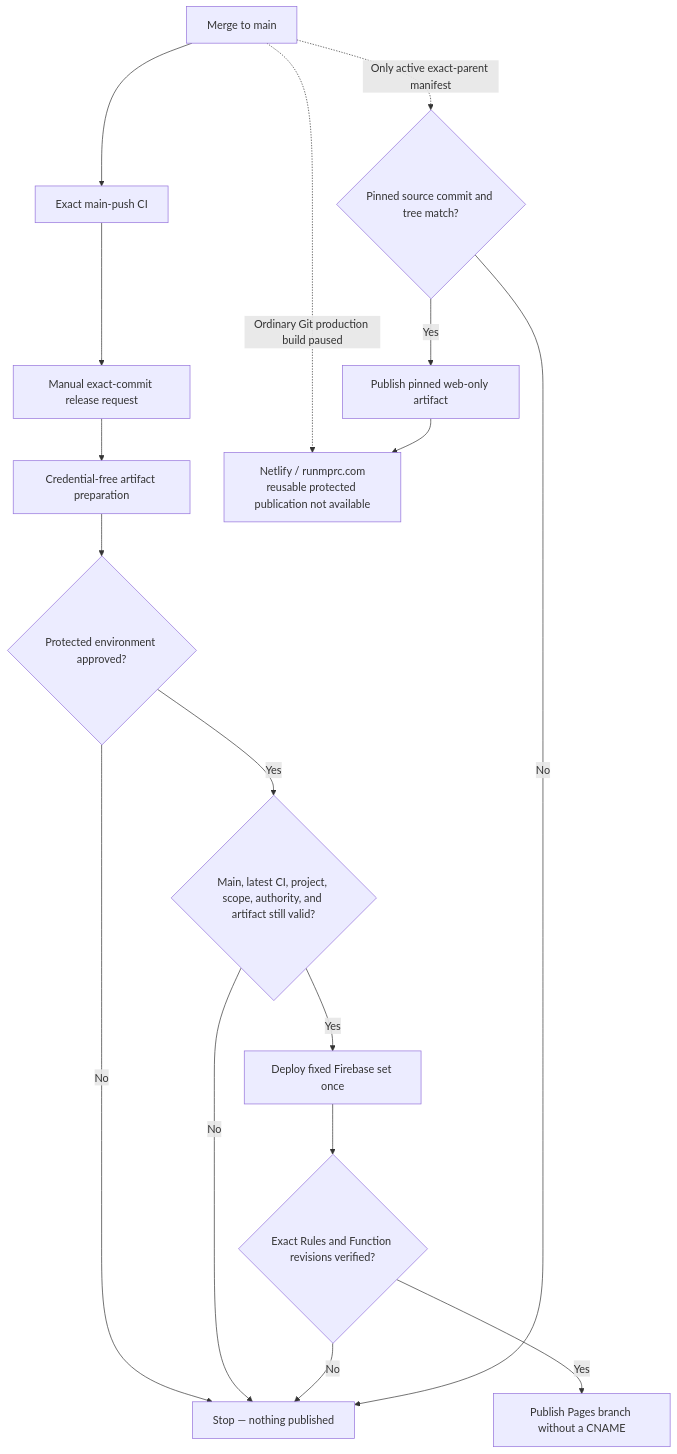
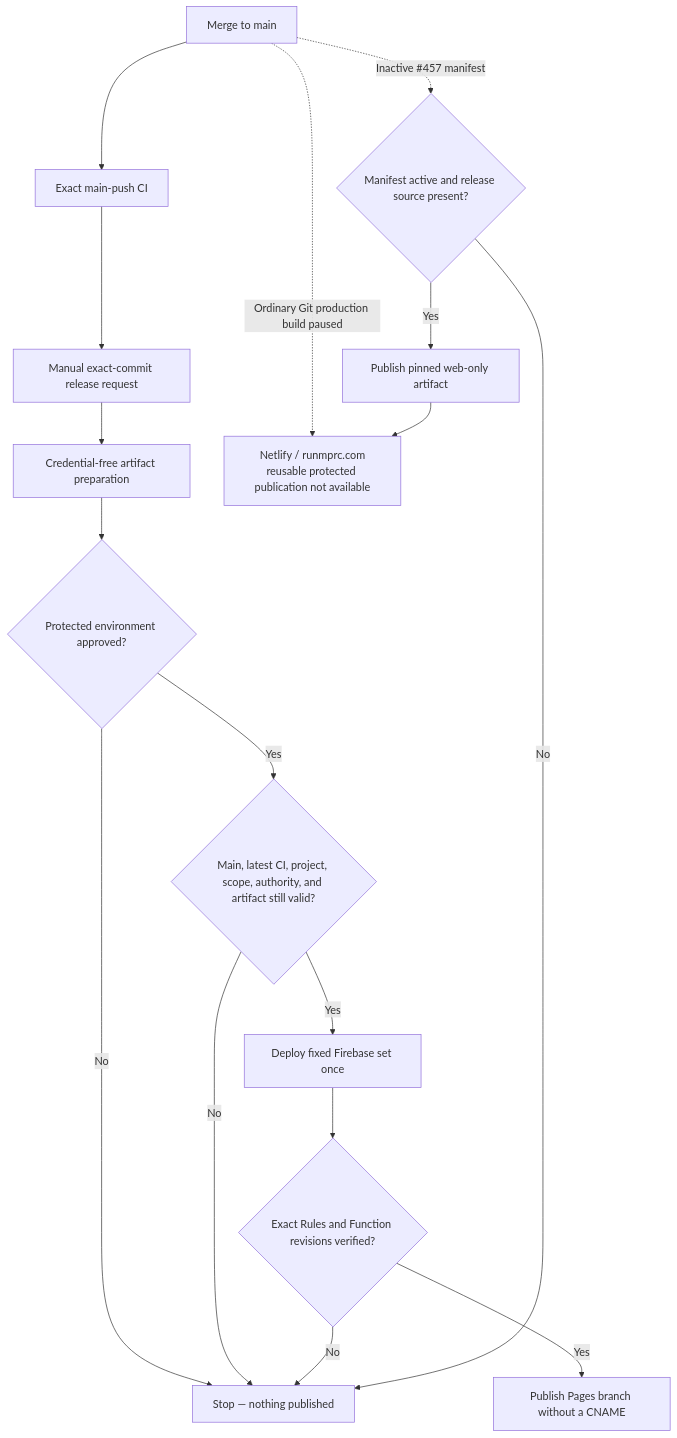
The second of 49 diagrams in SYSTEM_DESIGN.md (Run-MPRC/Run-MPRC.github.io), drawn with Mermaid before and after one commit. The commit also changed other lines of this file and 10 other files, not shown here.

````diff
--- a/SYSTEM_DESIGN.md
+++ b/SYSTEM_DESIGN.md
@@ -96,19 +96,19 @@
 ```mermaid
 flowchart TD
     Merge["Merge to main"] --> CI["Exact main-push CI"]
     CI --> Request["Manual exact-commit release request"]
     Request --> Prepare["Credential-free artifact preparation"]
     Prepare --> Approval{"Protected environment approved?"}
     Approval -- "No" --> Stop["Stop — nothing published"]
     Approval -- "Yes" --> Recheck{"Main, latest CI, project, scope, authority, and artifact still valid?"}
     Recheck -- "No" --> Stop
     Recheck -- "Yes" --> Backend["Deploy fixed Firebase set once"]
     Backend --> Verify{"Exact Rules and Function revisions verified?"}
     Verify -- "No" --> Stop
     Verify -- "Yes" --> Pages["Publish Pages branch without a CNAME"]
     Merge -. "Ordinary Git production build paused" .-> Netlify["Netlify / runmprc.com\nreusable protected publication not available"]
-    Merge -. "Only active exact-parent manifest" .-> WebGate{"Pinned source commit and tree match?"}
+    Merge -. "Inactive #457 manifest" .-> WebGate{"Manifest active and release source present?"}
     WebGate -- "No" --> Stop
     WebGate -- "Yes" --> WebOnly["Publish pinned web-only artifact"]
     WebOnly --> Netlify
 ```
````
